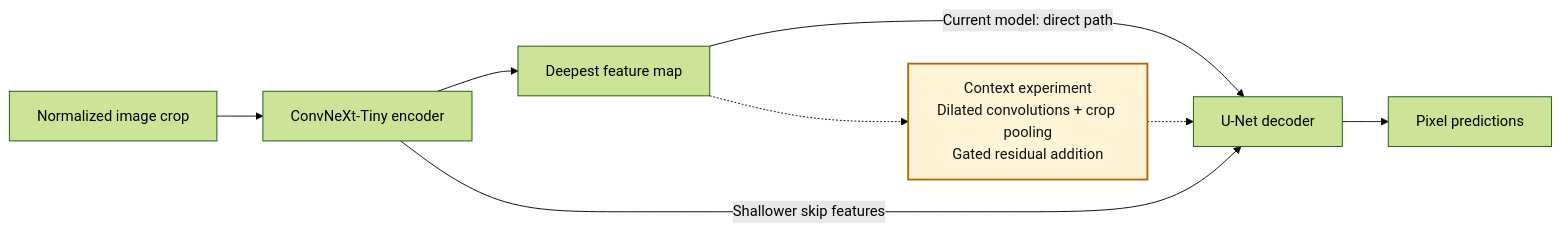
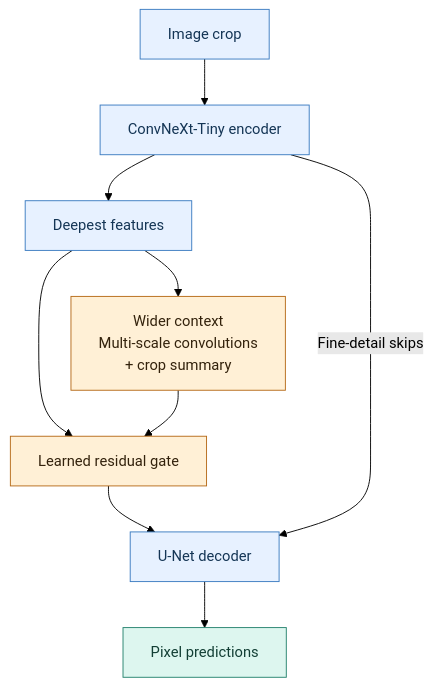
One commit to ikjoo5/solar_filament changed the second of 2 diagrams in README.md. Above: the diagram before and after it, drawn with Mermaid (forest theme). The commit also changed other lines of this file and 9 other files, not shown here.

````diff
--- a/README.md
+++ b/README.md
@@ -51,11 +59,17 @@
 ```mermaid
-flowchart LR
-    I["Normalized image crop"] --> E["ConvNeXt-Tiny encoder"]
-    E --> F["Deepest feature map"]
-    F -->|"Current model: direct path"| D["U-Net decoder"]
-    F -.-> C["Context experiment<br/>Dilated convolutions + crop pooling<br/>Gated residual addition"]
-    C -.-> D
-    E -->|"Shallower skip features"| D
-    D --> P["Pixel predictions"]
-    style C fill:#fff4d6,stroke:#ad6800,stroke-width:2px,color:#111111
+flowchart TD
+    I["Image crop"] --> E["ConvNeXt-Tiny encoder"]
+    E --> F["Deepest features"]
+    F --> C["Wider context<br/>Multi-scale convolutions<br/>+ crop summary"]
+    F --> G["Learned residual gate"]
+    C --> G
+    G --> D["U-Net decoder"]
+    E -->|"Fine-detail skips"| D
+    D --> M["Pixel predictions"]
+    classDef base fill:#e7f1ff,stroke:#397ac0,color:#143555
+    classDef context fill:#fff0d6,stroke:#b56916,color:#33220c
+    classDef output fill:#ddf6ef,stroke:#23816c,color:#123e34
+    class I,E,F,D base
+    class C,G context
+    class M output
 ```
````
